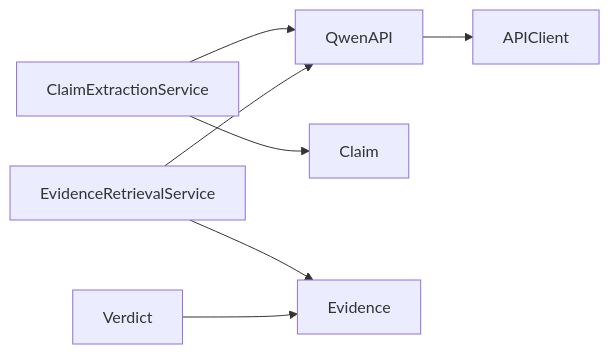
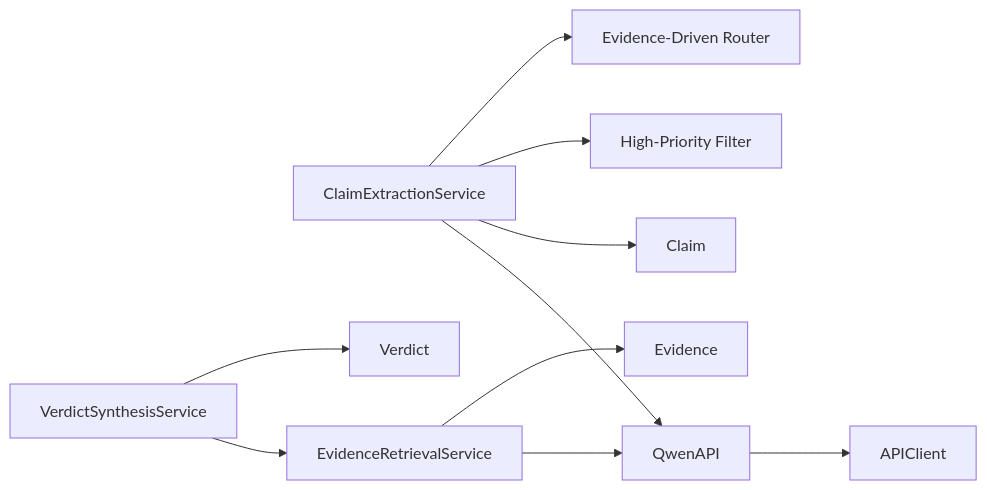
Before and after one commit to alexandreybasta-cyber/factshield-ios: diagram 12 of 12 in .qoder/repowiki/en/content/Core Services/Claim Extraction.md, drawn with Mermaid. The commit also changed other lines of this file and 97 other files, not shown here.

````diff
--- a/.qoder/repowiki/en/content/Core Services/Claim Extraction.md
+++ b/.qoder/repowiki/en/content/Core Services/Claim Extraction.md
@@ -350,9 +496,12 @@
 ```mermaid
 graph LR
 CE["ClaimExtractionService"] --> QW["QwenAPI"]
 QW --> AC["APIClient"]
 CE --> CL["Claim"]
+CE --> HPF["High-Priority Filter"]
+CE --> EDR["Evidence-Driven Router"]
 ER["EvidenceRetrievalService"] --> QW
 ER --> EV["Evidence"]
-VD["Verdict"] --> EV
+VD["VerdictSynthesisService"] --> ER
+VD --> ENDV["Verdict"]
 ```
````
